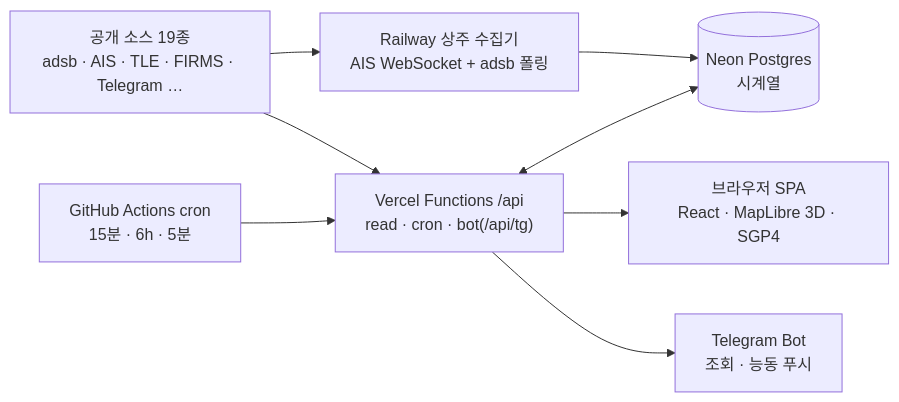
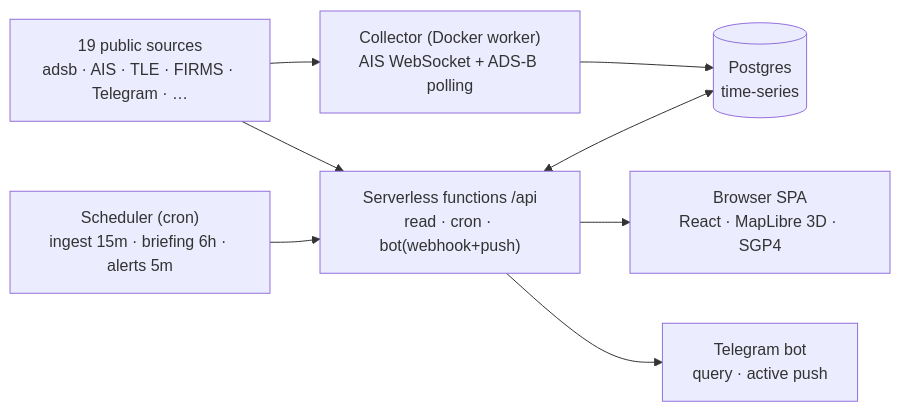
The second of 2 diagrams in README.md (D4D-51E/Open-Intelligence-Layer), drawn with Mermaid before and after one commit. The commit also changed other lines of this file and 1 other file, not shown here.

````diff
--- a/README.md
+++ b/README.md
@@ -62,16 +92,16 @@
 ```mermaid
 flowchart LR
-    SRC["공개 소스 19종<br/>adsb · AIS · TLE · FIRMS · Telegram …"]
-    COL["Railway 상주 수집기<br/>AIS WebSocket + adsb 폴링"]
-    CRON["GitHub Actions cron<br/>15분 · 6h · 5분"]
-    API["Vercel Functions /api<br/>read · cron · bot(/api/tg)"]
-    DB[("Neon Postgres<br/>시계열")]
-    WEB["브라우저 SPA<br/>React · MapLibre 3D · SGP4"]
-    BOT["Telegram Bot<br/>조회 · 능동 푸시"]
+    SRC["19 public sources<br/>adsb · AIS · TLE · FIRMS · Telegram · …"]
+    COL["Collector (Docker worker)<br/>AIS WebSocket + ADS-B polling"]
+    CRON["Scheduler (cron)<br/>ingest 15m · briefing 6h · alerts 5m"]
+    API["Serverless functions /api<br/>read · cron · bot(webhook+push)"]
+    DB[("Postgres<br/>time-series")]
+    WEB["Browser SPA<br/>React · MapLibre 3D · SGP4"]
+    BOT["Telegram bot<br/>query · active push"]
     SRC --> COL --> DB
     SRC --> API
     CRON --> API
     API <--> DB
     API --> WEB
     API --> BOT
 ```
````
